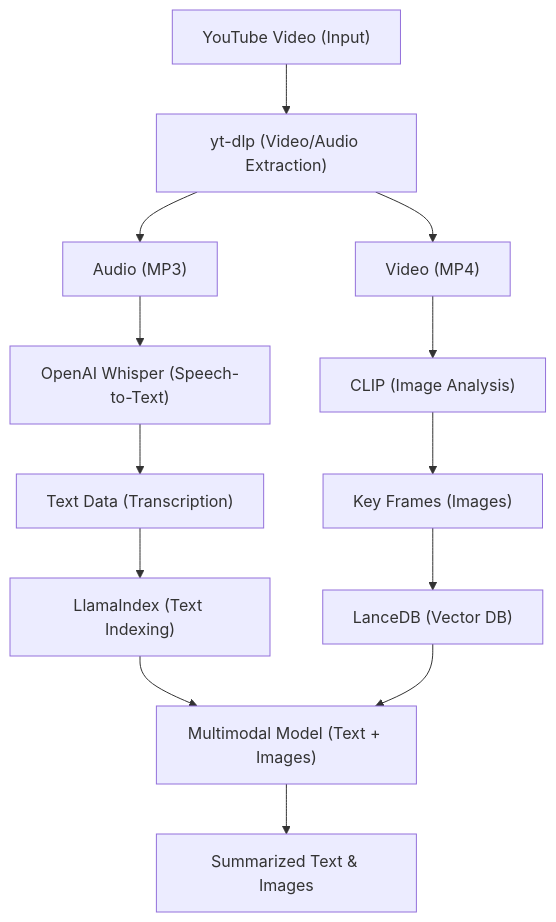
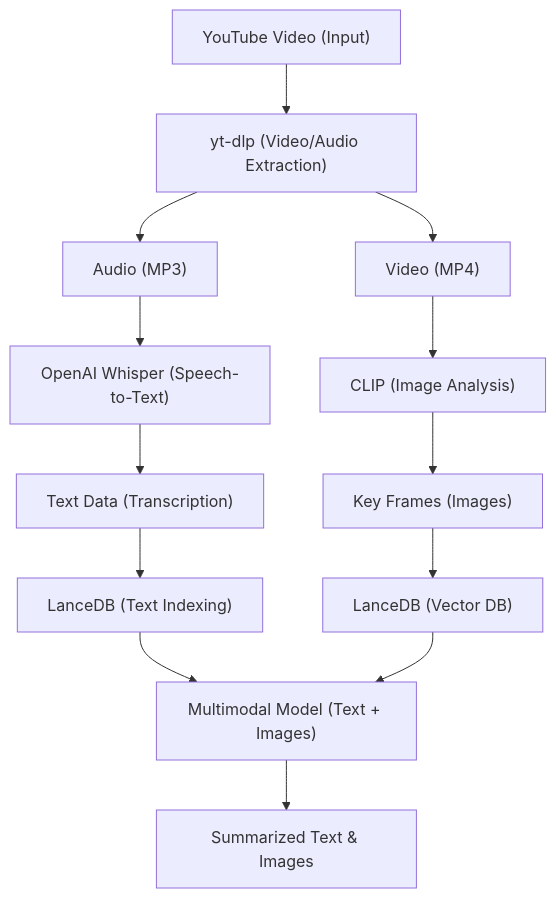
The diagram in README.md (naveenkrishnan840/Youtube-Video-Summarization), drawn with Mermaid before and after one commit.

````diff
--- a/README.md
+++ b/README.md
@@ -51,16 +51,16 @@
 ```mermaid
 graph TD
     %% Graph structure
     A["YouTube Video (Input)"] --> B["yt-dlp (Video/Audio Extraction)"];
     B --> C["Audio (MP3)"];
     B --> D["Video (MP4)"];
     C --> E["OpenAI Whisper (Speech-to-Text)"];
     D --> F["CLIP (Image Analysis)"];
     E --> G["Text Data (Transcription)"];
     F --> H["Key Frames (Images)"];
-    G --> I["LlamaIndex (Text Indexing)"];
+    G --> I["LanceDB (Text Indexing)"];
     H --> J["LanceDB (Vector DB)"];
     I --> K["Multimodal Model (Text + Images)"];
     J --> K;
     K --> L["Summarized Text & Images"];
 ```
````
